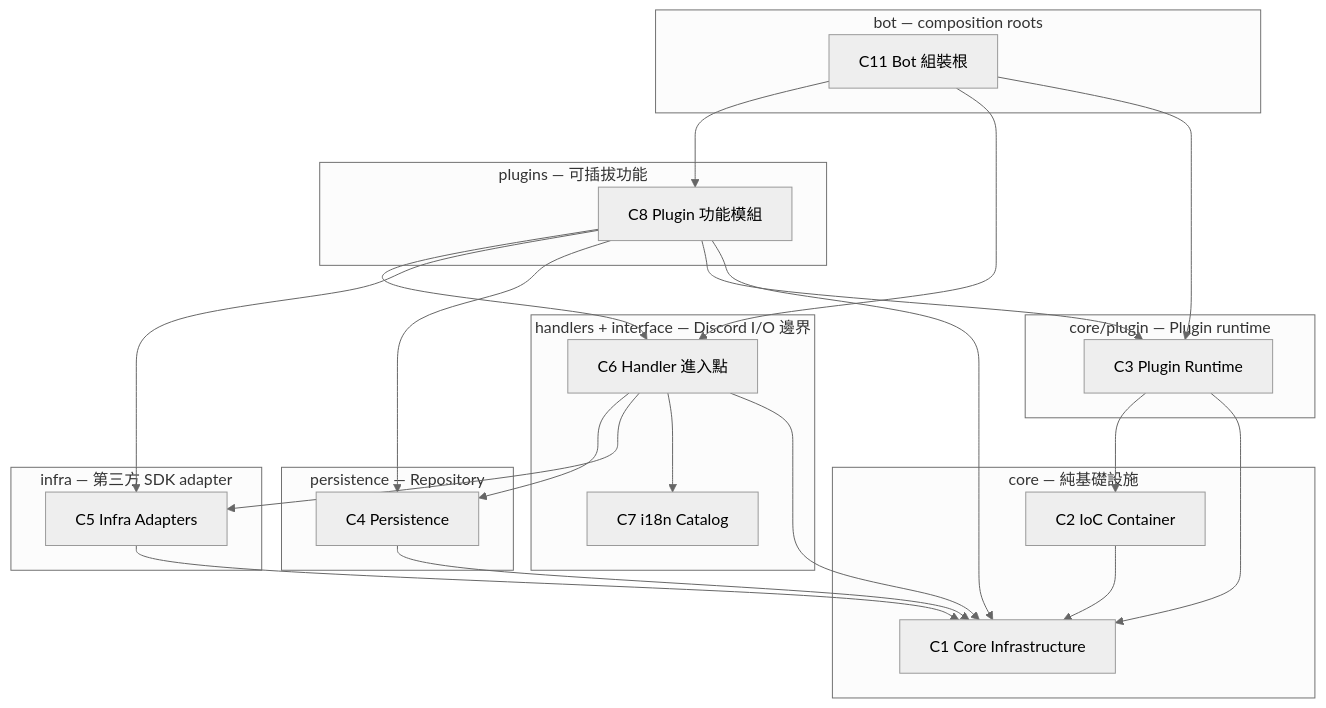
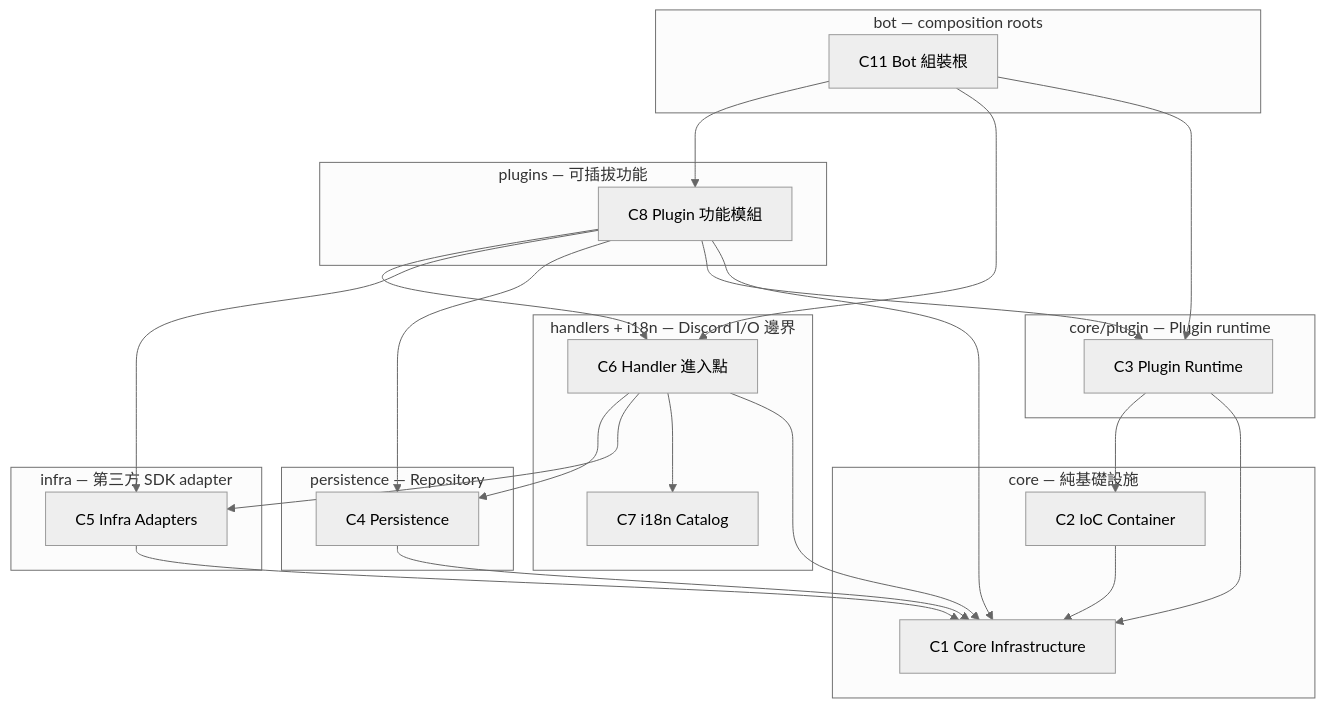
Before and after one commit to ACaccel/discord-bot: the second of 3 diagrams in docs/high-level-design.md, drawn with Mermaid (neutral theme). The commit also changed 38 other files, not shown here.

````diff
--- a/docs/high-level-design.md
+++ b/docs/high-level-design.md
@@ -110,34 +110,34 @@
 ```mermaid
 flowchart TB
     subgraph L6[bot — composition roots]
         C11[C11 Bot 組裝根]
     end
     subgraph L5[plugins — 可插拔功能]
         C8[C8 Plugin 功能模組]
     end
-    subgraph L4[handlers + interface — Discord I/O 邊界]
+    subgraph L4[handlers + i18n — Discord I/O 邊界]
         C6[C6 Handler 進入點]
         C7[C7 i18n Catalog]
     end
     subgraph L3[infra — 第三方 SDK adapter]
         C5[C5 Infra Adapters]
     end
     subgraph L2b[persistence — Repository]
         C4[C4 Persistence]
     end
     subgraph L2a[core/plugin — Plugin runtime]
         C3[C3 Plugin Runtime]
     end
     subgraph L1[core — 純基礎設施]
         C1[C1 Core Infrastructure]
         C2[C2 IoC Container]
     end
 
     C11 --> C8 & C6 & C3
     C8 --> C6 & C5 & C4 & C3 & C1
     C6 --> C4 & C5 & C7 & C1
     C5 --> C1
     C4 --> C1
     C3 --> C2 & C1
     C2 --> C1
 ```
````
